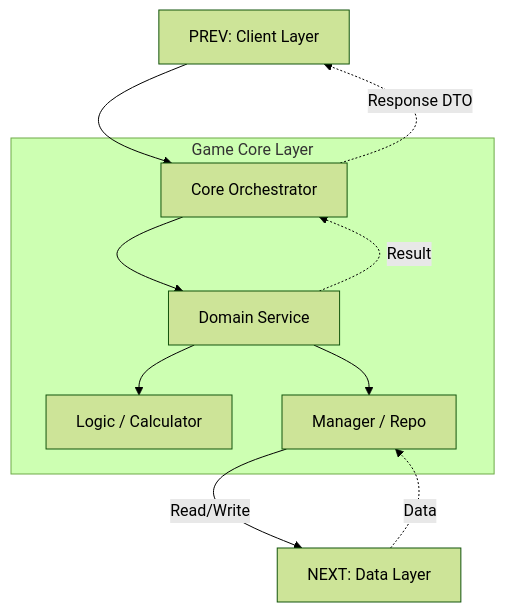
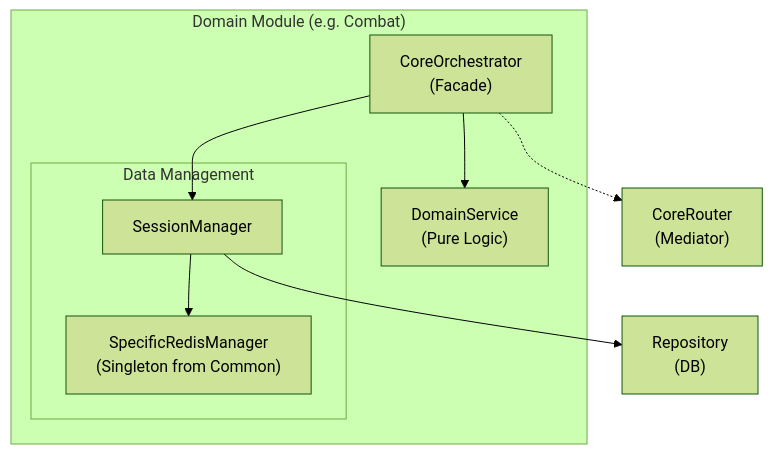
Before and after one commit to CodexDLC/telegram_bot_rpg: the fifth of 7 diagrams in docs/dis_docs/05_diagrams/01_Architecture_Overview.md, drawn with Mermaid (forest theme). The commit also changed other lines of this file and 37 other files, not shown here.

````diff
--- a/docs/dis_docs/05_diagrams/01_Architecture_Overview.md
+++ b/docs/dis_docs/05_diagrams/01_Architecture_Overview.md
@@ -141,23 +131,24 @@
 ```mermaid
 graph TD
-    Input["PREV: Client Layer"]
+    subgraph Core_Module ["Domain Module (e.g. Combat)"]
+        CoreOrch["CoreOrchestrator<br/>(Facade)"]
+        
+        subgraph Data_Mgmt ["Data Management"]
+            SessMgr["SessionManager"]
+            RedisMgr["SpecificRedisManager<br/>(Singleton from Common)"]
+        end
+        
+        Service["DomainService<br/>(Pure Logic)"]
+    end
+    
+    CoreRouter["CoreRouter<br/>(Mediator)"]
+    Repo["Repository<br/>(DB)"]
 
-    subgraph Core_Layer ["Game Core Layer"]
-        CoreOrch["Core Orchestrator"]
-        Service["Domain Service"]
-        Logic["Logic / Calculator"]
-        Manager["Manager / Repo"]
-    end
-
-    Output["NEXT: Data Layer"]
-
-    Input --> CoreOrch
+    %% Dependencies
+    CoreOrch --> SessMgr
     CoreOrch --> Service
-    Service --> Logic
-    Service --> Manager
-    Manager -->|"Read/Write"| Output
+    CoreOrch -.-> CoreRouter
     
-    Output -.->|"Data"| Manager
-    Service -.->|"Result"| CoreOrch
-    CoreOrch -.->|"Response DTO"| Input
+    SessMgr --> RedisMgr
+    SessMgr --> Repo
 ```
````
